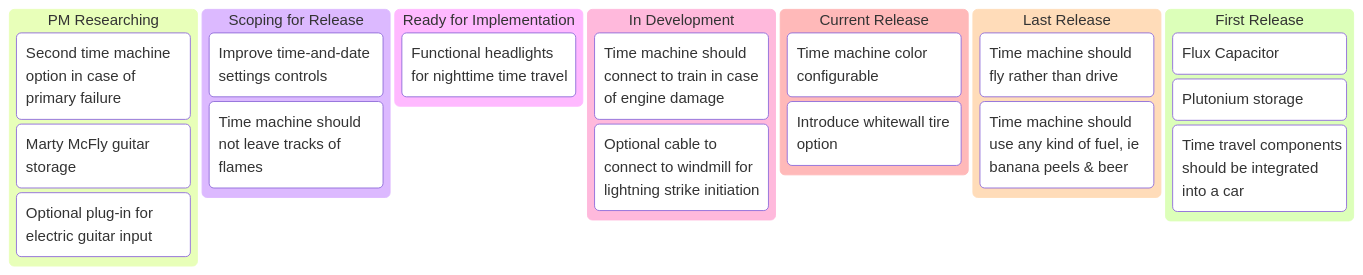
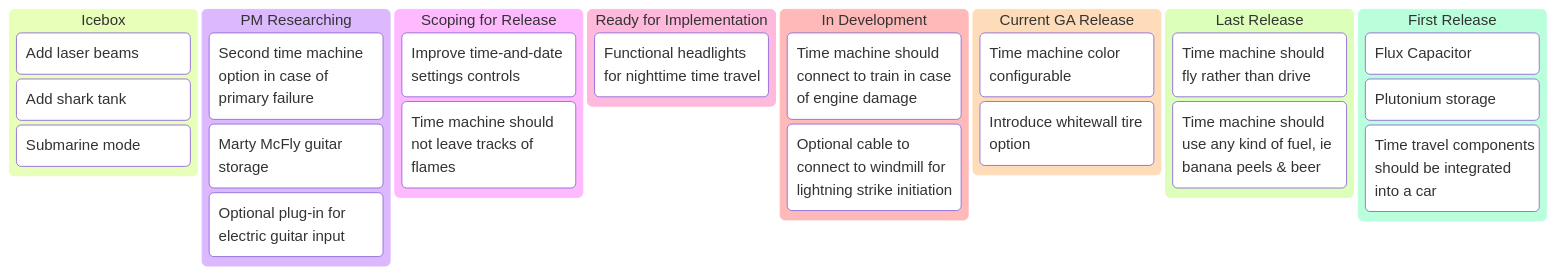
One commit to pm-practices/pm-blog changed the second of 2 diagrams in drafts/Roadmaps-roadmaps-roadmaps.md. Above: the diagram before and after it, drawn with Mermaid. The commit also changed other lines of this file, not shown here.

Commit message:
Minor edits to the kanban section.

````diff
--- a/drafts/Roadmaps-roadmaps-roadmaps.md
+++ b/drafts/Roadmaps-roadmaps-roadmaps.md
@@ -56,25 +56,29 @@
 ```mermaid
 kanban
-  col0[PM Researching]
+  col0[Icebox]
+    lasers[Add laser beams]
+    sharks[Add shark tank]
+    sub[Submarine mode]
+  col1[PM Researching]
     backup[Second time machine option in case of primary failure]
     guitar[Marty McFly guitar storage]
     amp[Optional plug-in for electric guitar input]
-  col1[Scoping for Release]
+  col2[Scoping for Release]
     controls[Improve time-and-date settings controls]
     fire[Time machine should not leave tracks of flames]
-  col2[Ready for Implementation]
+  col3[Ready for Implementation]
     headlights[Functional headlights for nighttime time travel]
-  col3[In Development]
+  col4[In Development]
     train[Time machine should connect to train in case of engine damage]
     windmill[Optional cable to connect to windmill for lightning strike initiation]
-  col4[Current Release]
+  col5[Current GA Release]
     color[Time machine color configurable]
     tires[Introduce whitewall tire option]
-  col5[Last Release]
+  col6[Last Release]
     fly[Time machine should fly rather than drive]
     fusion[Time machine should use any kind of fuel, ie banana peels & beer]
-  col6[First Release]
+  col7[First Release]
     flux[Flux Capacitor]
     plutonium[Plutonium storage]
     car[Time travel components should be integrated into a car]
 ```
````
